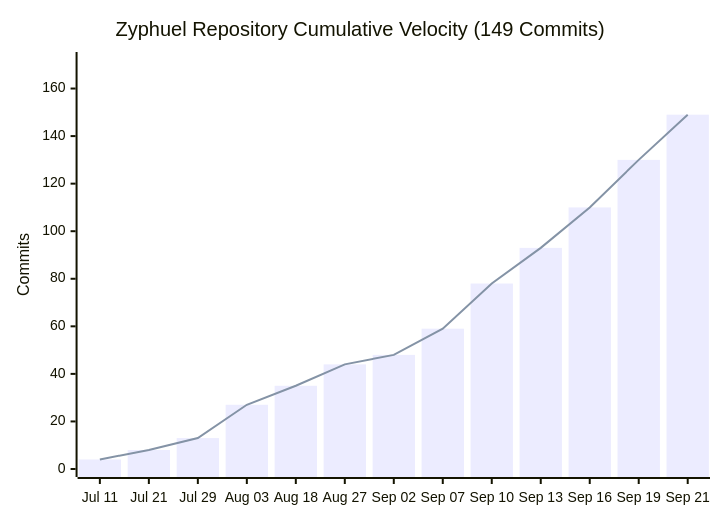
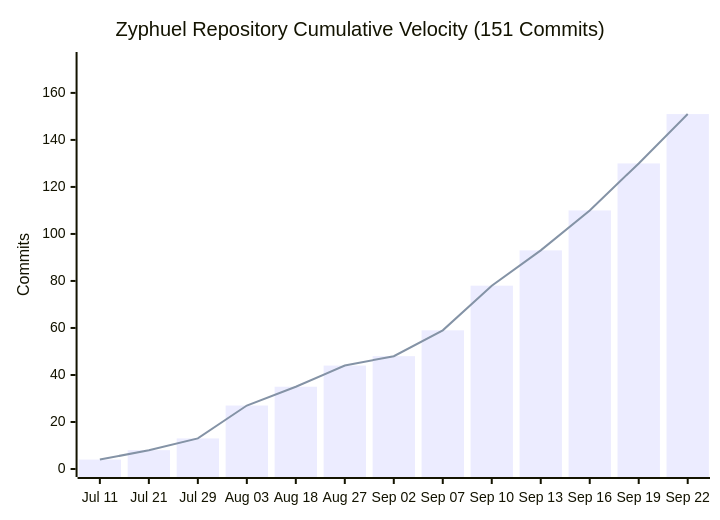
The diagram in README.md (daniyal44/Zyphuel), drawn with Mermaid before and after one commit. The commit also changed other lines of this file and 20 other files, not shown here.

````diff
--- a/README.md
+++ b/README.md
@@ -30,8 +30,8 @@
 ```mermaid
 xychart-beta
-    title "Zyphuel Repository Cumulative Velocity (149 Commits)"
-    x-axis ["Jul 11", "Jul 21", "Jul 29", "Aug 03", "Aug 18", "Aug 27", "Sep 02", "Sep 07", "Sep 10", "Sep 13", "Sep 16", "Sep 19", "Sep 21"]
-    y-axis "Commits" 0 --> 172
-    bar [4, 8, 13, 27, 35, 44, 48, 59, 78, 93, 110, 130, 149]
-    line [4, 8, 13, 27, 35, 44, 48, 59, 78, 93, 110, 130, 149]
+    title "Zyphuel Repository Cumulative Velocity (151 Commits)"
+    x-axis ["Jul 11", "Jul 21", "Jul 29", "Aug 03", "Aug 18", "Aug 27", "Sep 02", "Sep 07", "Sep 10", "Sep 13", "Sep 16", "Sep 19", "Sep 22"]
+    y-axis "Commits" 0 --> 174
+    bar [4, 8, 13, 27, 35, 44, 48, 59, 78, 93, 110, 130, 151]
+    line [4, 8, 13, 27, 35, 44, 48, 59, 78, 93, 110, 130, 151]
 ```
````
